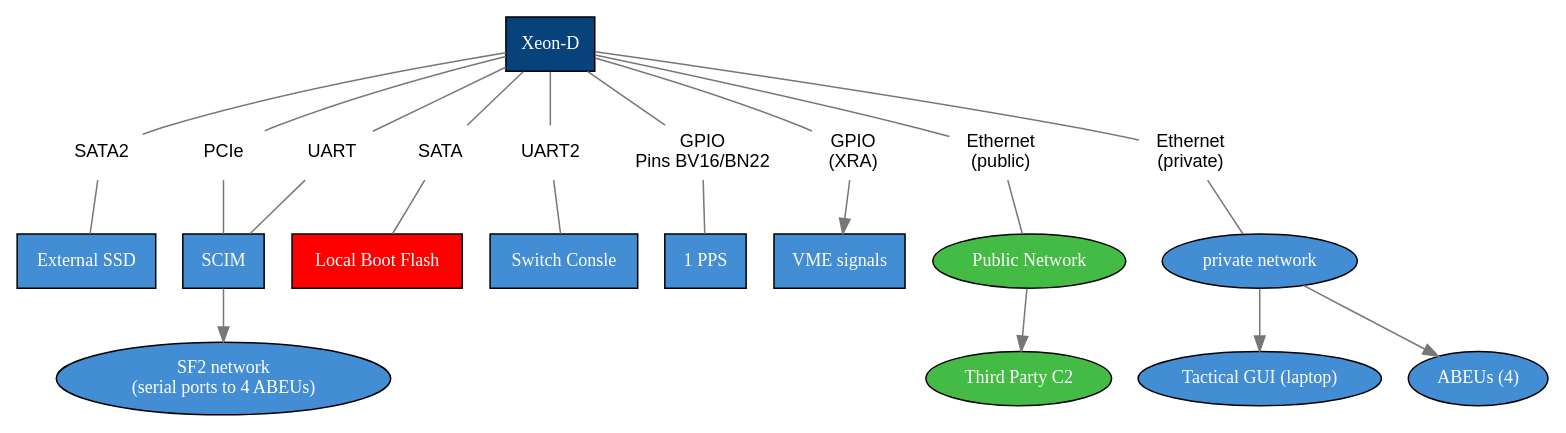
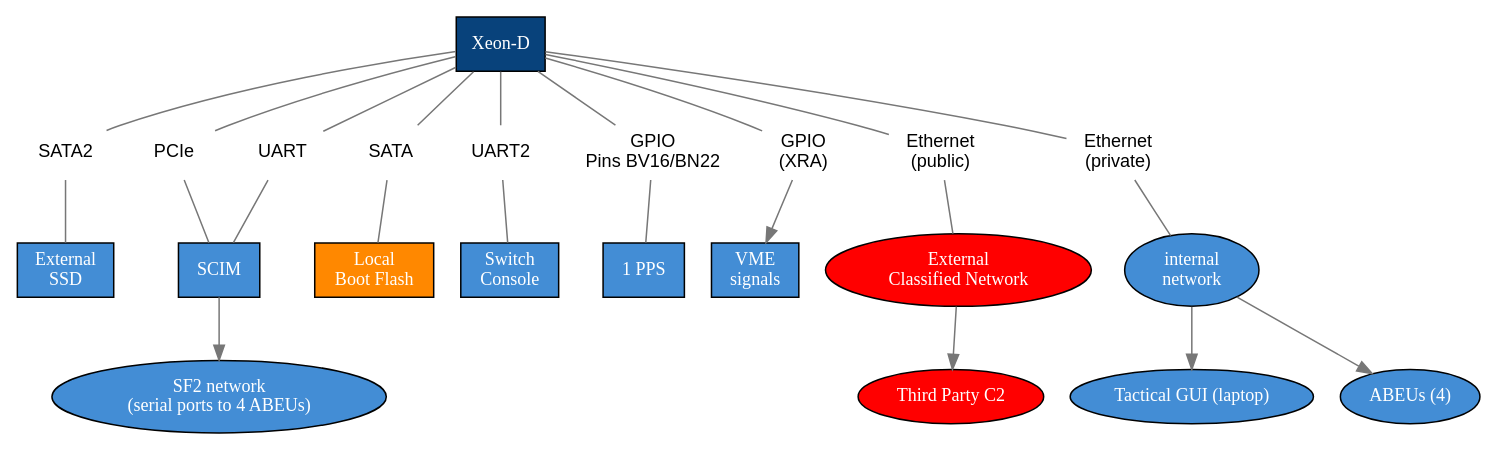
The diagram in img/interface.dot (jjjesus/XeonInterface), drawn with Graphviz before and after one commit. The commit also changed 4 other files, not shown here.

Commit message:
Better diagrams

```diff
--- a/img/interface.dot
+++ b/img/interface.dot
@@ -1,98 +1,98 @@
 digraph G {
     node [shape=rect style=filled
          fontcolor=white fontsize=12 fontname="Helvetica Bold"]
     edge [style=solid color="#777777"]
 
     // Main processor
     //
     XeonD         [fillcolor="#08427b" label="Xeon-D"]
 
     // Externals
     //
-    ssd [fillcolor="#438dd5" label="External SSD"]
+    ssd [fillcolor="#438dd5" label="External\nSSD"]
     scim [fillcolor="#438dd5" label="SCIM"]
-    bootf [fillcolor="#FF0000" label="Local Boot Flash" ]
+    bootf [fillcolor="#FF8800" label="Local\nBoot Flash" ]
     pps [fillcolor="#438dd5" label="1 PPS" ]
-    switch_console [fillcolor="#438dd5" label="Switch Consle" ]
-    vme_signals [fillcolor="#438dd5" label="VME signals"]
+    switch_console [fillcolor="#438dd5" label="Switch\nConsole" ]
+    vme_signals [fillcolor="#438dd5" label="VME\nsignals"]
 
     sf2_network [shape=ellipse fillcolor="#438dd5" label="SF2 network\n(serial ports to 4 ABEUs)"]
-    priv_network [shape=ellipse fillcolor="#438dd5" label="private network"]
+    priv_network [shape=ellipse fillcolor="#438dd5" label="internal\nnetwork"]
     trui [shape=ellipse fillcolor="#438dd5" label="Tactical GUI (laptop)"]
     abeus [shape=ellipse fillcolor="#438dd5" label="ABEUs (4)"]
 
-    pub_network [shape=ellipse fillcolor="#44BB44" label="Public Network" ]
+    pub_network [shape=ellipse fillcolor="#FF0000" label="External\nClassified Network" ]
 
-    c2 [shape=ellipse fillcolor="#44BB44" label="Third Party C2" ]
+    c2 [shape=ellipse fillcolor="#FF0000" label="Third Party C2" ]
 
     // Connectors
     //
     sata2
                 [fillcolor=white
                 style="filled,setlinewidth(0)"
                 fontcolor=black fontname="Helvetica" shape=plaintext label="SATA2"]
     pcie
                 [fillcolor=white
                 style="filled,setlinewidth(0)"
                 fontcolor=black fontname="Helvetica" shape=plaintext label="PCIe"]
 
     sata
                 [fillcolor=white
                 style="filled,setlinewidth(0)"
                 fontcolor=black fontname="Helvetica" shape=plaintext label="SATA"]
 
     uart
                 [fillcolor=white
                 style="filled,setlinewidth(0)"
                 fontcolor=black fontname="Helvetica" shape=plaintext label="UART"]
 
     uart2
                 [fillcolor=white
                 style="filled,setlinewidth(0)"
                 fontcolor=black fontname="Helvetica" shape=plaintext label="UART2"]
 
     gpio
                 [fillcolor=white
                 style="filled,setlinewidth(0)"
                 fontcolor=black fontname="Helvetica" shape=plaintext label="GPIO\nPins BV16/BN22"]
 
     gpio_xra
                 [fillcolor=white
                 style="filled,setlinewidth(0)"
                 fontcolor=black fontname="Helvetica" shape=plaintext label="GPIO\n(XRA)"]
 
     eth_pub
                 [fillcolor=white
                 style="filled,setlinewidth(0)"
                 fontcolor=black fontname="Helvetica" shape=plaintext label="Ethernet\n(public)"]
 
     eth_priv
                 [fillcolor=white
                 style="filled,setlinewidth(0)"
                 fontcolor=black fontname="Helvetica" shape=plaintext label="Ethernet\n(private)"]
 
     XeonD -> sata [dir=none]
     XeonD -> sata2 [dir=none]
     XeonD -> pcie [dir=none]
     XeonD -> uart [dir=none]
     XeonD -> uart2 [dir=none]
     XeonD -> gpio [dir=none]
     XeonD -> gpio_xra [dir=none]
+    XeonD -> eth_priv [dir=none]
     XeonD -> eth_pub [dir=none]
-    XeonD -> eth_priv [dir=none]
 
     sata -> bootf [dir=none]
     sata2 -> ssd [dir=none]
     pcie -> scim [dir=none]
     uart -> scim [dir=none]
     uart2 -> switch_console [dir=none]
     gpio -> pps [dir=none]
     gpio_xra -> vme_signals
+    eth_priv -> priv_network [dir=none]
     eth_pub -> pub_network [dir=none]
-    eth_priv -> priv_network [dir=none]
 
-    pub_network -> c2
     scim -> sf2_network
     priv_network -> trui
     priv_network -> abeus
+    pub_network -> c2
 }
```
